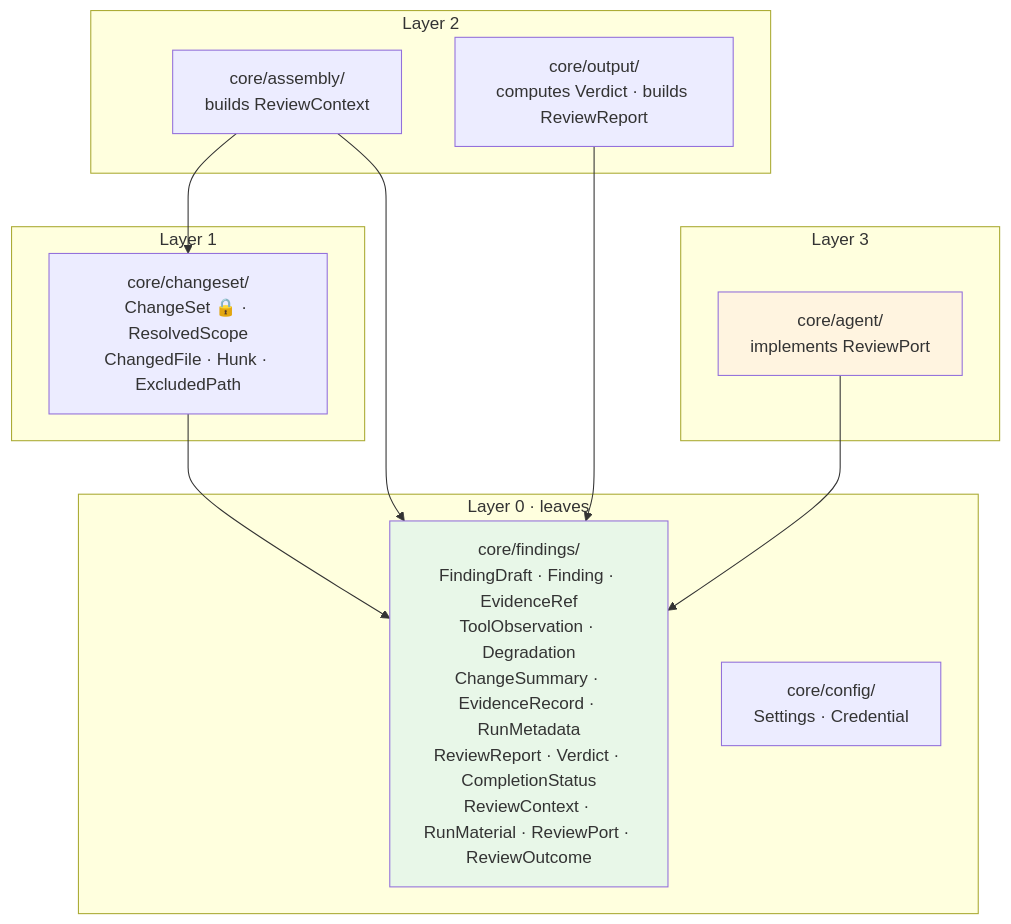
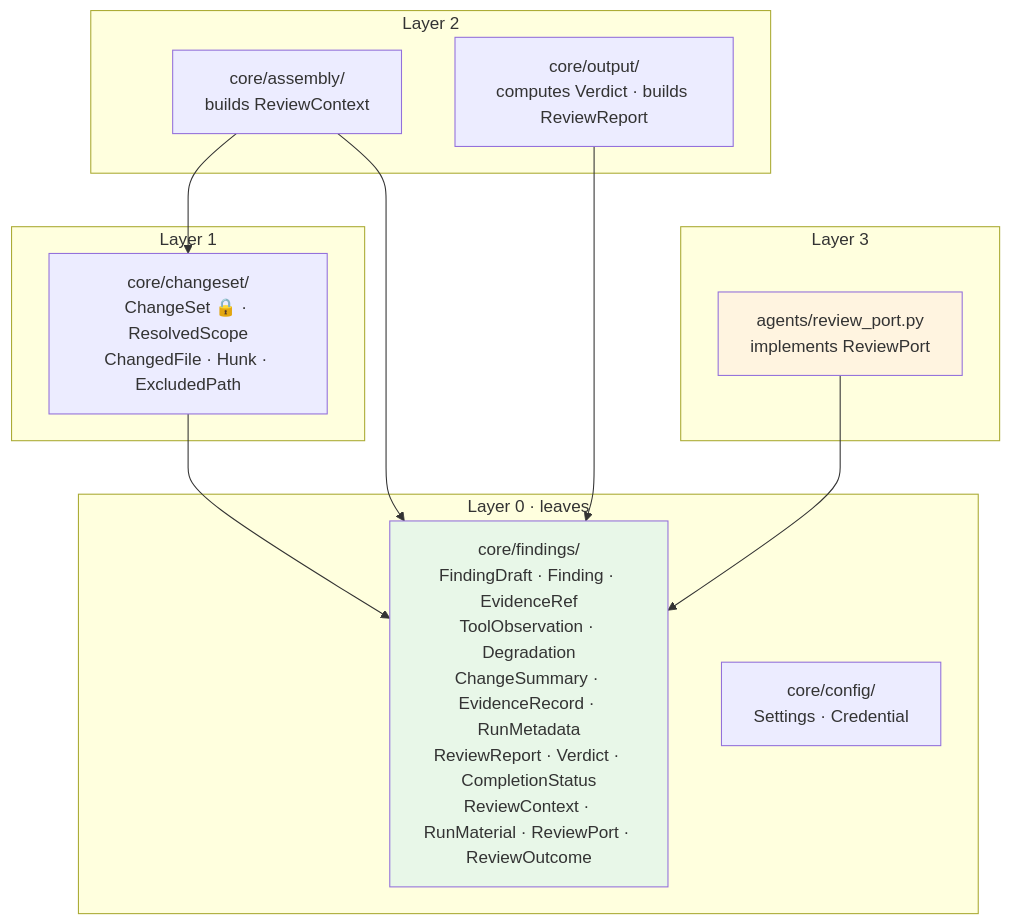
Before and after one commit to nhahub/NHA-5-285: the first of 2 diagrams in specs/001-walking-skeleton/data-model.md, drawn with Mermaid. The commit also changed other lines of this file and 24 other files, not shown here.

````diff
--- a/specs/001-walking-skeleton/data-model.md
+++ b/specs/001-walking-skeleton/data-model.md
@@ -16,24 +16,24 @@
 ```mermaid
 flowchart TD
     subgraph L0["Layer 0 · leaves"]
         F["core/findings/<br/>FindingDraft · Finding · EvidenceRef<br/>ToolObservation · Degradation<br/>ChangeSummary · EvidenceRecord · RunMetadata<br/>ReviewReport · Verdict · CompletionStatus<br/>ReviewContext · RunMaterial · ReviewPort · ReviewOutcome"]
         C["core/config/<br/>Settings · Credential"]
     end
     subgraph L1["Layer 1"]
         CS["core/changeset/<br/>ChangeSet 🔒 · ResolvedScope<br/>ChangedFile · Hunk · ExcludedPath"]
     end
     subgraph L2["Layer 2"]
         A["core/assembly/<br/>builds ReviewContext"]
         O["core/output/<br/>computes Verdict · builds ReviewReport"]
     end
     subgraph L3["Layer 3"]
-        G["core/agent/<br/>implements ReviewPort"]
+        G["agents/review_port.py<br/>implements ReviewPort"]
     end
     CS --> F
     A --> CS & F
     O --> F
     G --> F
 
     style F fill:#e8f7e8
     style G fill:#fff4e0
 ```
````
